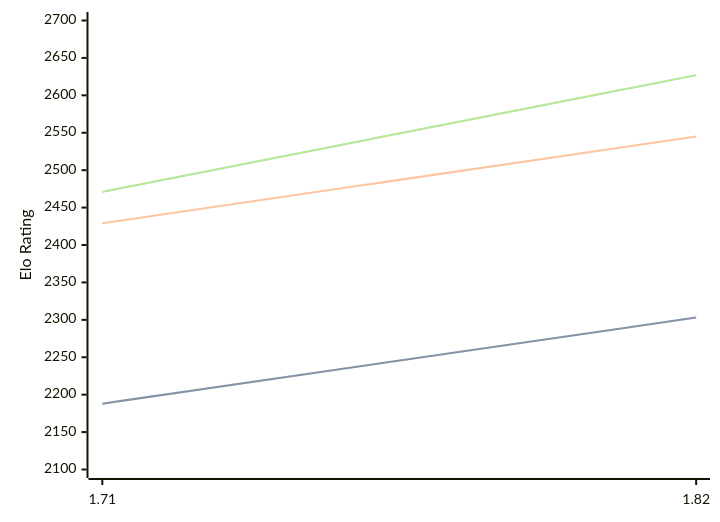
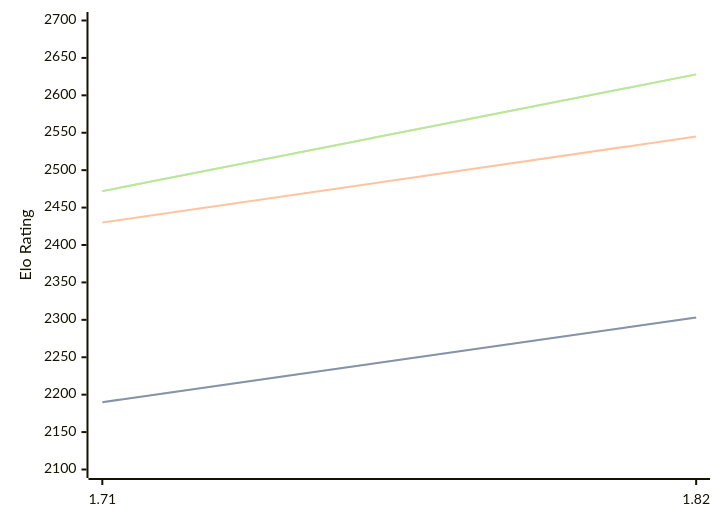
The diagram in engines/Amira.md (computer-chess-index/cci), drawn with Mermaid before and after one commit. The commit also changed other lines of this file, not shown here.

Commit message:
Update CCI Ratings (ELO VLTC) - 2026-09-14

````diff
--- a/engines/Amira.md
+++ b/engines/Amira.md
@@ -32,11 +32,11 @@
 ```mermaid
 %%{init: {"theme":"base","themeVariables":{"seriesColors:['#a3a3a3','#222221','#faa371']}}}%%
 xychart-beta
   x-axis ["1.71", "1.82"]
   y-axis "Elo Rating" 2100 --> 2700
-  line "" [2188, 2303]
-  line "STC (8.0+0.08s)" [2188, 2303]
-  line "LTC (60.0+0.60s)" [2429, 2545]
-  line "" [2471, 2627]
-  line "VLTC (2m24s+1.12s)" [2471, 2627]
+  line "" [2190, 2303]
+  line "STC (8.0+0.08s)" [2190, 2303]
+  line "LTC (60.0+0.60s)" [2430, 2545]
+  line "" [2472, 2628]
+  line "VLTC (2m24s+1.12s)" [2472, 2628]
 ```
````
